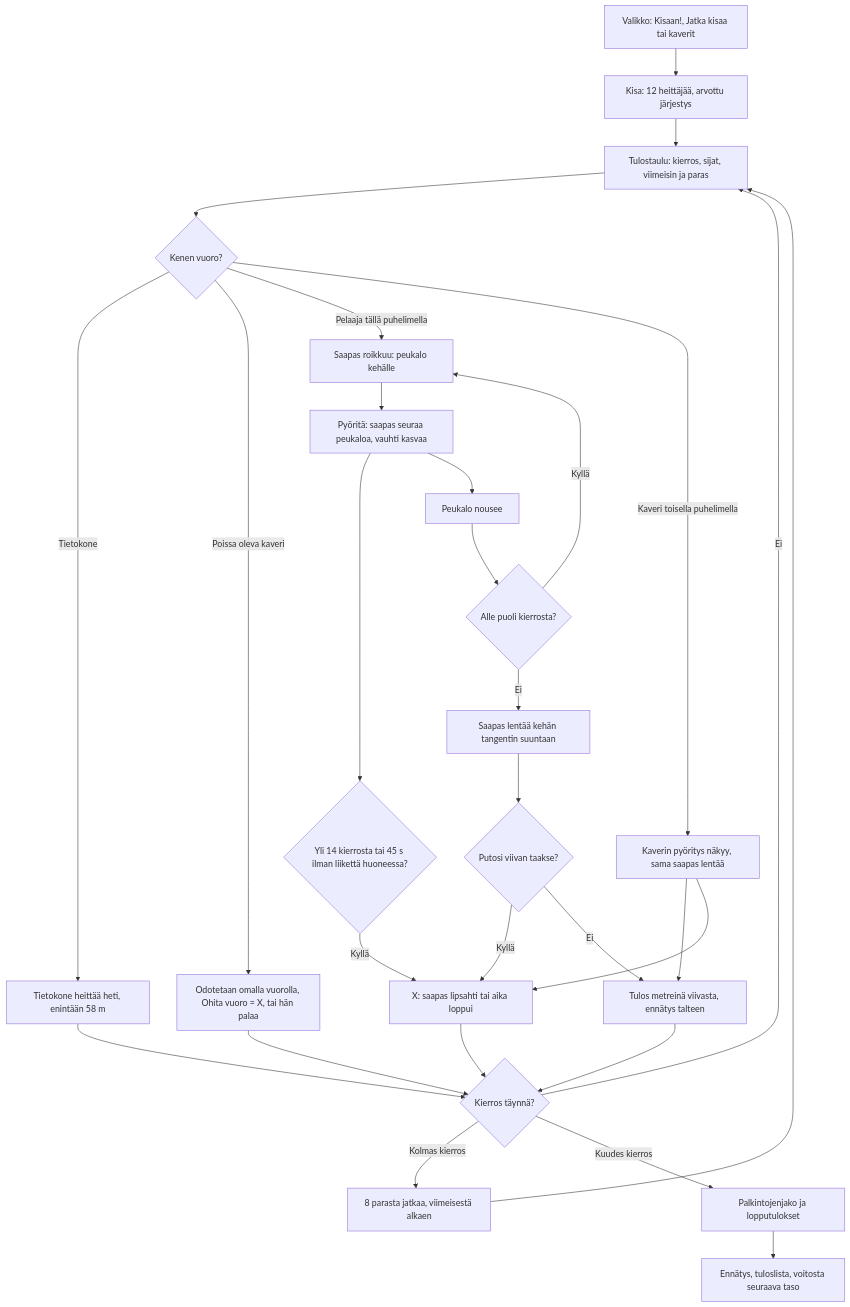
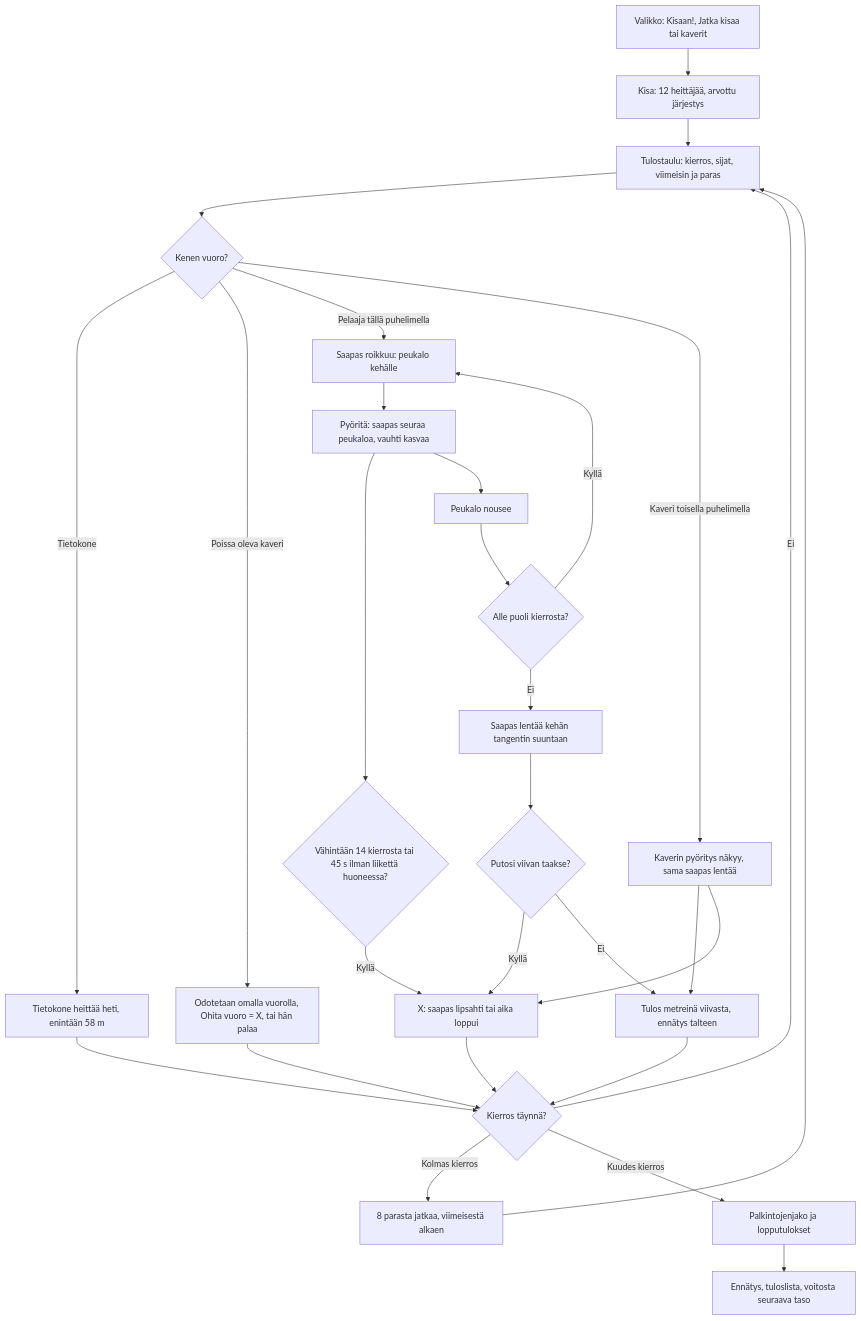
One commit to eerovil/ai-pelit changed the diagram in docs/diagrams/saappaanheitto.md. Above: the diagram before and after it, drawn with Mermaid. The commit also changed other lines of this file and 2 other files, not shown here.

Commit message:
Saappaanheitto v1: laps count turning either way; diagram says at least 14 laps (#503 review)

````diff
--- a/docs/diagrams/saappaanheitto.md
+++ b/docs/diagrams/saappaanheitto.md
@@ -12,37 +12,37 @@
 ```mermaid
 flowchart TD
   M[Valikko: Kisaan!, Jatka kisaa tai kaverit] --> K[Kisa: 12 heittäjää, arvottu järjestys]
   K --> T[Tulostaulu: kierros, sijat, viimeisin ja paras]
   T --> Q{Kenen vuoro?}
   Q -- Tietokone --> CPU[Tietokone heittää heti, enintään 58 m]
   Q -- Poissa oleva kaveri --> AWAY[Odotetaan omalla vuorolla, Ohita vuoro = X, tai hän palaa]
   AWAY --> NX
   CPU --> NX
   Q -- Pelaaja tällä puhelimella --> R[Saapas roikkuu: peukalo kehälle]
   Q -- Kaveri toisella puhelimella --> WT[Kaverin pyöritys näkyy, sama saapas lentää]
   R --> SP[Pyöritä: saapas seuraa peukaloa, vauhti kasvaa]
-  SP --> SL{Yli 14 kierrosta tai 45 s ilman liikettä huoneessa?}
+  SP --> SL{Vähintään 14 kierrosta tai 45 s ilman liikettä huoneessa?}
   SL -- Kyllä --> X[X: saapas lipsahti tai aika loppui]
   SP --> UP[Peukalo nousee]
   UP --> HALF{Alle puoli kierrosta?}
   HALF -- Kyllä --> R
   HALF -- Ei --> F[Saapas lentää kehän tangentin suuntaan]
   F --> OK{Putosi viivan taakse?}
   OK -- Kyllä --> X
   OK -- Ei --> D[Tulos metreinä viivasta, ennätys talteen]
   WT --> D
   WT --> X
   D --> NX{Kierros täynnä?}
   X --> NX
   NX -- Ei --> T
   NX -- Kolmas kierros --> CUT[8 parasta jatkaa, viimeisestä alkaen]
   NX -- Kuudes kierros --> END[Palkintojenjako ja lopputulokset]
   CUT --> T
   END --> S[Ennätys, tuloslista, voitosta seuraava taso]
   class M,R,SP,UP,F,T blue
   class CPU,WT,AWAY violet
   class Q,SL,HALF,OK,NX amber
   class K,D,CUT teal
   class X rose
   class END,S green
 ```
````
